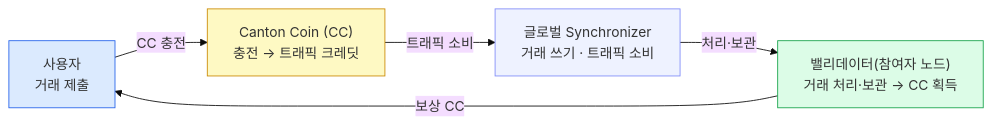
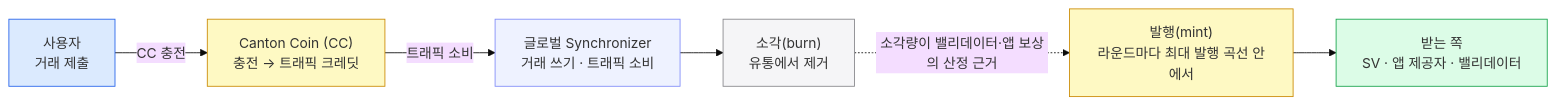
The diagram in blockchain-manager/docs/캔톤네트워크/개념/10-canton-coin-fees.md (eunsujeo/eunpus), drawn with Mermaid (base theme) before and after one commit. The commit also changed other lines of this file and 16 other files, not shown here.

````diff
--- a/blockchain-manager/docs/캔톤네트워크/개념/10-canton-coin-fees.md
+++ b/blockchain-manager/docs/캔톤네트워크/개념/10-canton-coin-fees.md
@@ -31,21 +32,27 @@
 ```mermaid
 flowchart LR
     USER["사용자<br/>거래 제출"]
     CC["Canton Coin (CC)<br/>충전 → 트래픽 크레딧"]
     SYNC["글로벌 Synchronizer<br/>거래 쓰기 · 트래픽 소비"]
-    VAL["밸리데이터(참여자 노드)<br/>거래 처리·보관 → CC 획득"]
+    BURN["소각(burn)<br/>유통에서 제거"]
+    MINT["발행(mint)<br/>라운드마다 최대 발행 곡선 안에서"]
+    EARN["받는 쪽<br/>SV · 앱 제공자 · 밸리데이터"]
 
     USER -->|CC 충전| CC
     CC -->|트래픽 소비| SYNC
-    SYNC -->|처리·보관| VAL
-    VAL -->|보상 CC| USER
+    SYNC --> BURN
+    BURN -.->|소각량이 밸리데이터·앱 보상의 산정 근거| MINT
+    MINT --> EARN
 
     classDef app fill:#dbeafe,stroke:#2563eb;
     classDef coin fill:#fef9c3,stroke:#ca8a04;
     classDef ext fill:#eef2ff,stroke:#818cf8;
     classDef data fill:#dcfce7,stroke:#16a34a;
+    classDef gone fill:#f5f5f7,stroke:#86868b;
     class USER app
     class CC coin
     class SYNC ext
-    class VAL data
+    class BURN gone
+    class MINT coin
+    class EARN data
 ```
````
